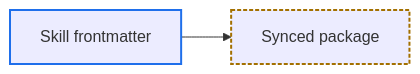
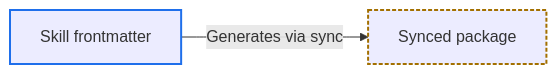
Before and after one commit to Aery9527/misty-marketplace: the first of 8 diagrams in skills/write-md/references/mermaid-guide.md, drawn with Mermaid. The commit also changed other lines of this file and 11 other files, not shown here.

First line of the commit message:
docs(write-md): 精簡共通規則並修正 Mermaid 範例一致性

````diff
--- a/skills/write-md/references/mermaid-guide.md
+++ b/skills/write-md/references/mermaid-guide.md
@@ -63,9 +60,9 @@
 ```mermaid
 flowchart LR
-    Source["Skill frontmatter"] --> Bundle["Synced package"]
+    Source["Skill frontmatter"] -->|Generates via sync| Bundle["Synced package"]
 
     classDef source stroke:#1f6feb,stroke-width:2px
     classDef derived stroke:#a37000,stroke-width:2px,stroke-dasharray:4 2
     class Source source
     class Bundle derived
 ```
````
